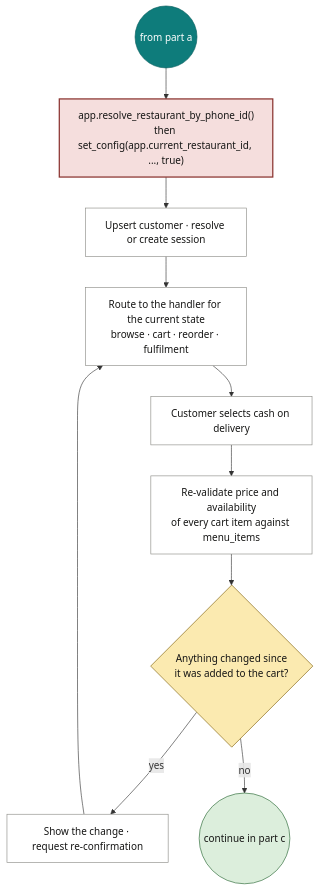
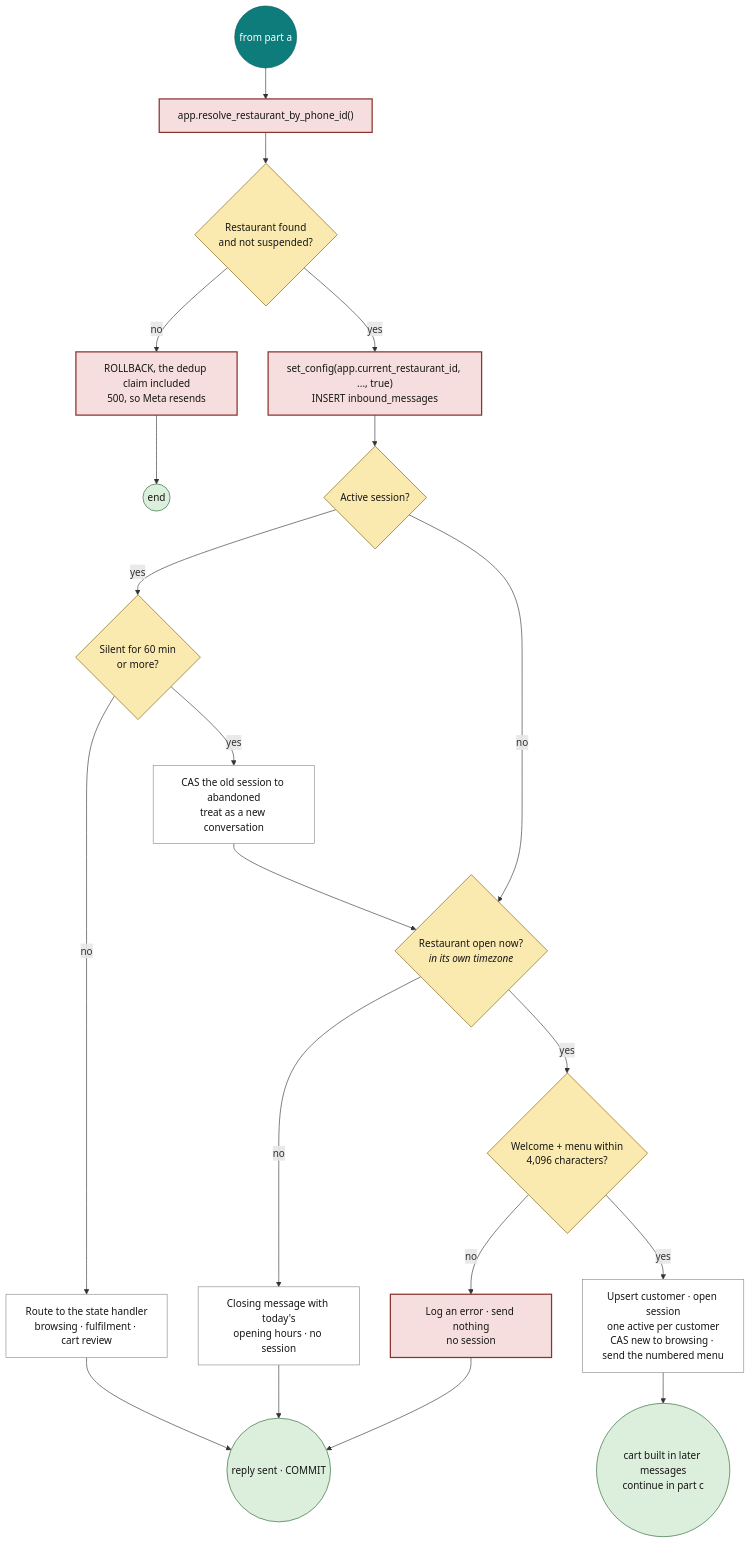
One commit to mozz-labs/sufria changed the diagram in docs/diagrams/09b-activity-cash-route.mmd. Above: the diagram before and after it, drawn with Mermaid. The commit also changed 36 other files, not shown here.

First line of the commit message:
docs(wip): Chapter 3 v1.2 diagrams — sources updated to the code as built

```diff
--- a/docs/diagrams/09b-activity-cash-route.mmd
+++ b/docs/diagrams/09b-activity-cash-route.mmd
@@ -1,15 +1,20 @@
 flowchart TB
     classDef start fill:#0E7C7B,stroke:#0A5F5E,color:#FFFFFF
     classDef act fill:#FFFFFF,stroke:#8A8A85,color:#161615
     classDef dec fill:#FBEAB0,stroke:#7A5C06,color:#161615
     classDef crit fill:#F5DEDD,stroke:#8A332F,stroke-width:2px,color:#161615
     classDef fin fill:#DCEEDC,stroke:#24632F,color:#161615
 
-    S(("from part a")):::start --> A5["app.resolve_restaurant_by_phone_id()<br/>then set_config(app.current_restaurant_id, ..., true)"]:::crit
-    A5 --> A6["Upsert customer · resolve or create session"]:::act
-    A6 --> A7["Route to the handler for the current state<br/>browse · cart · reorder · fulfilment"]:::act
-    A7 --> A8["Customer selects cash on delivery"]:::act
-    A8 --> A9["Re-validate price and availability<br/>of every cart item against menu_items"]:::act
-    A9 --> D4{"Anything changed since<br/>it was added to the cart?"}:::dec
-    D4 -- yes --> E4["Show the change · request re-confirmation"]:::act --> A7
-    D4 -- no --> F2(("continue in part c")):::fin
+    S(("from part a")):::start --> A5["app.resolve_restaurant_by_phone_id()"]:::crit
+    A5 --> D0{"Restaurant found<br/>and not suspended?"}:::dec
+    D0 -- no --> E0["ROLLBACK, the dedup claim included<br/>500, so Meta resends"]:::crit --> F1(("end")):::fin
+    D0 -- yes --> A6["set_config(app.current_restaurant_id, ..., true)<br/>INSERT inbound_messages"]:::crit
+    A6 --> D1{"Active session?"}:::dec
+    D1 -- yes --> D2{"Silent for 60 min<br/>or more?"}:::dec
+    D2 -- no --> A7["Route to the state handler<br/>browsing · fulfilment · cart review"]:::act --> F2(("reply sent · COMMIT")):::fin
+    D2 -- yes --> A8["CAS the old session to abandoned<br/>treat as a new conversation"]:::act --> D3
+    D1 -- no --> D3{"Restaurant open now?<br/><i>in its own timezone</i>"}:::dec
+    D3 -- no --> E3["Closing message with today's<br/>opening hours · no session"]:::act --> F2
+    D3 -- yes --> D4{"Welcome + menu within<br/>4,096 characters?"}:::dec
+    D4 -- no --> E4["Log an error · send nothing<br/>no session"]:::crit --> F2
+    D4 -- yes --> A9["Upsert customer · open session<br/>one active per customer<br/>CAS new to browsing · send the numbered menu"]:::act --> F3(("cart built in later messages<br/>continue in part c")):::fin
```
